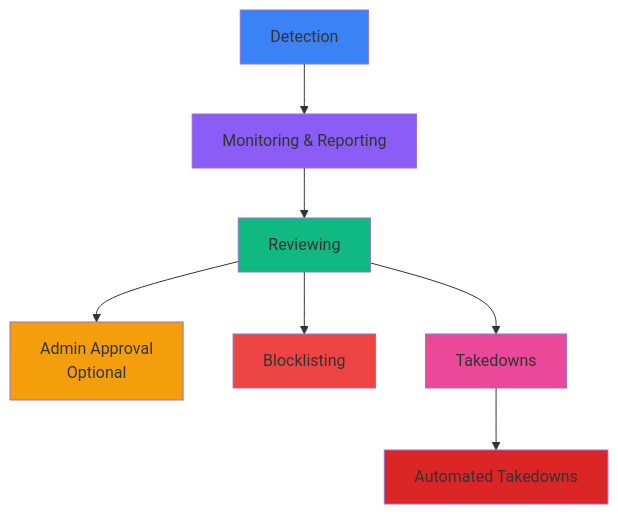
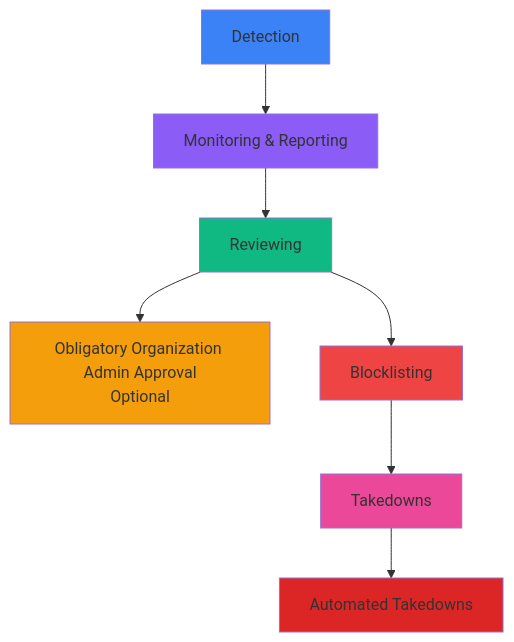
Before and after one commit to chainpatrol/docs: the diagram in protect-your-brand/services-setup.mdx, drawn with Mermaid. The commit also changed other lines of this file and 68 other files, not shown here.

````diff
--- a/protect-your-brand/services-setup.mdx
+++ b/protect-your-brand/services-setup.mdx
@@ -455,17 +455,17 @@
 ```mermaid
 flowchart TD
     Detection[Detection] --> Monitoring[Monitoring & Reporting]
     Monitoring --> Reviewing[Reviewing]
-    Reviewing --> AdminApproval[Admin Approval<br/>Optional]
+    Reviewing --> AdminApproval[Obligatory Organization Admin Approval<br/>Optional]
     Reviewing --> Blocklisting[Blocklisting]
-    Reviewing --> Takedowns[Takedowns]
+    Blocklisting --> Takedowns[Takedowns]
     Takedowns --> AutoTakedowns[Automated Takedowns]
     
     style Detection fill:#3b82f6
     style Monitoring fill:#8b5cf6
     style Reviewing fill:#10b981
     style AdminApproval fill:#f59e0b
     style Blocklisting fill:#ef4444
     style Takedowns fill:#ec4899
     style AutoTakedowns fill:#dc2626
 ```
````
